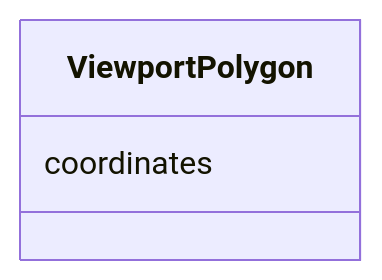
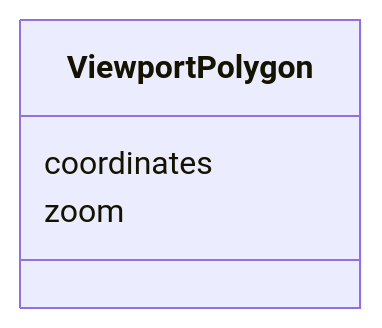
Before and after one commit to debrief/debrief-future: the diagram in schema-docs-md/classes/ViewportPolygon.md, drawn with Mermaid. The commit also changed other lines of this file and 50 other files, not shown here.

````diff
--- a/schema-docs-md/classes/ViewportPolygon.md
+++ b/schema-docs-md/classes/ViewportPolygon.md
@@ -19,8 +19,10 @@
 ```mermaid
  classDiagram
     class ViewportPolygon
     click ViewportPolygon href "../../classes/ViewportPolygon/"
       ViewportPolygon : coordinates
         
+      ViewportPolygon : zoom
+        
       
 ```
````
